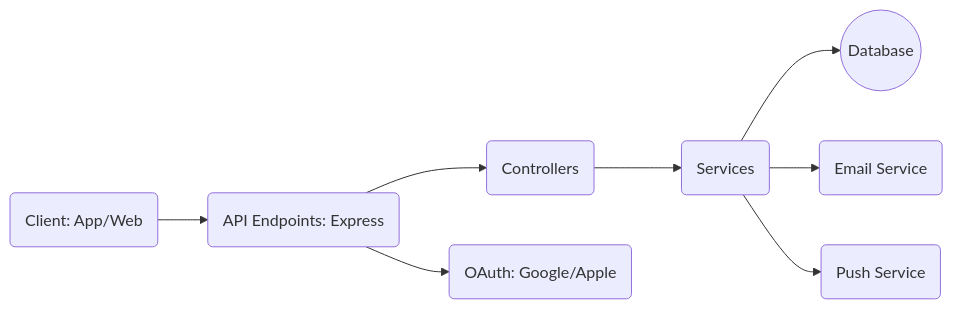
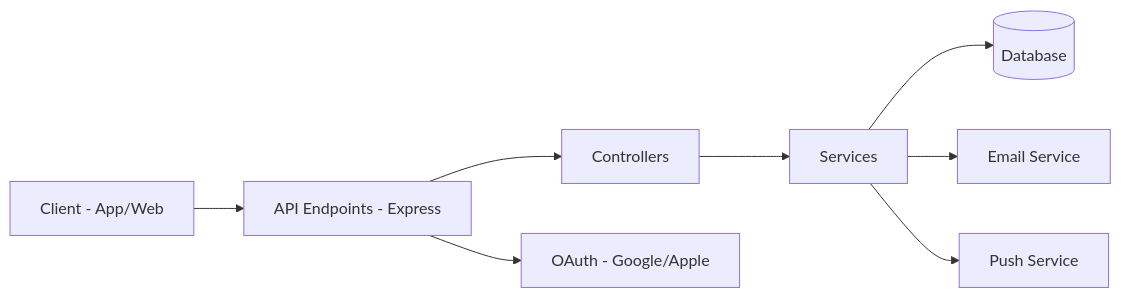
Before and after one commit to mohan-slack/HUX: the first of 2 diagrams in HUX/HUXbackend.md, drawn with Mermaid. The commit also changed other lines of this file and 2 other files, not shown here.

````diff
--- a/HUX/HUXbackend.md
+++ b/HUX/HUXbackend.md
@@ -33,19 +33,19 @@
 ```mermaid
 flowchart LR
-  Client(Client: App/Web)
-  API(API Endpoints: Express)
-  Ctrl(Controllers)
-  Svc(Services)
-  DB((Database))
-  Email(Email Service)
-  Push(Push Service)
-  OAuth(OAuth: Google/Apple)
+  Client[Client - App/Web]
+  API[API Endpoints - Express]
+  Ctrl[Controllers]
+  Svc[Services]
+  DB[(Database)]
+  Email[Email Service]
+  Push[Push Service]
+  OAuth[OAuth - Google/Apple]
 
   Client --> API
   API --> Ctrl
   Ctrl --> Svc
   Svc --> DB
   Svc --> Email
   Svc --> Push
   API --> OAuth
 ```
````
